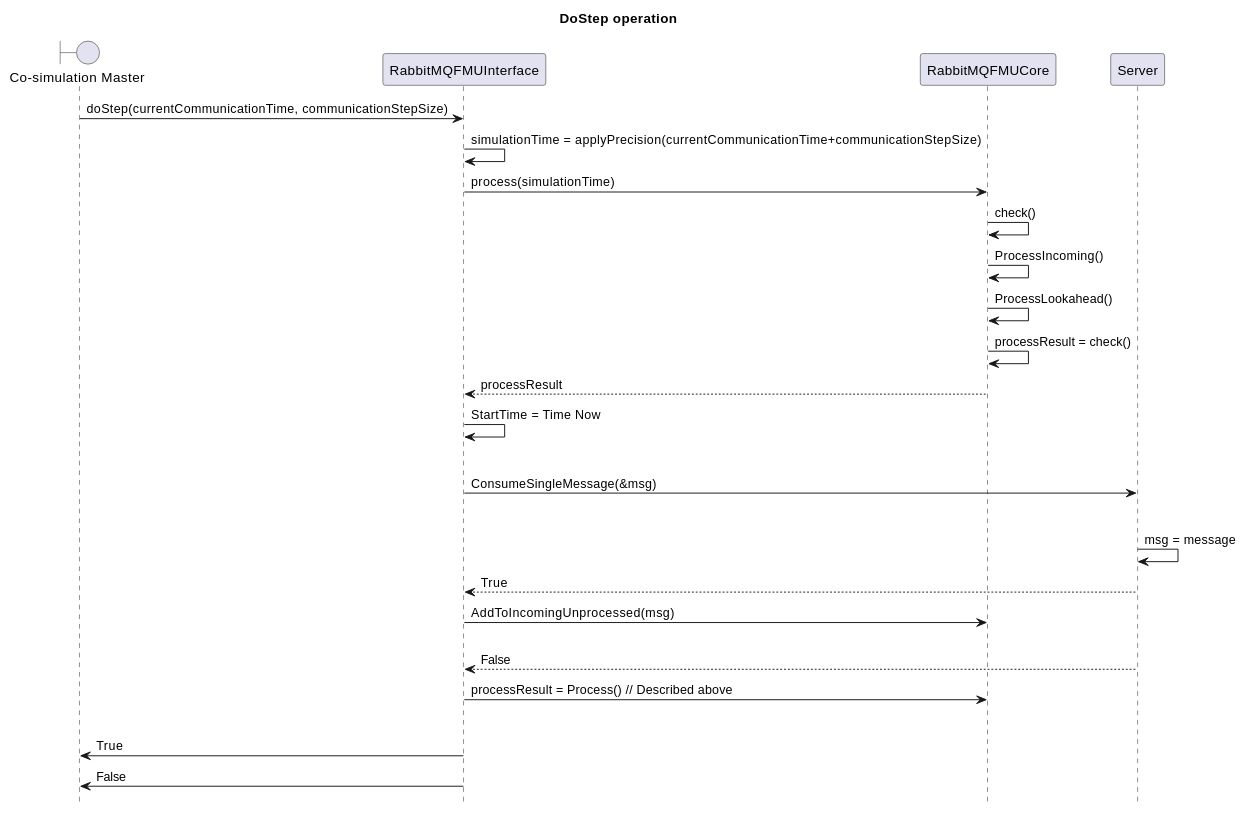
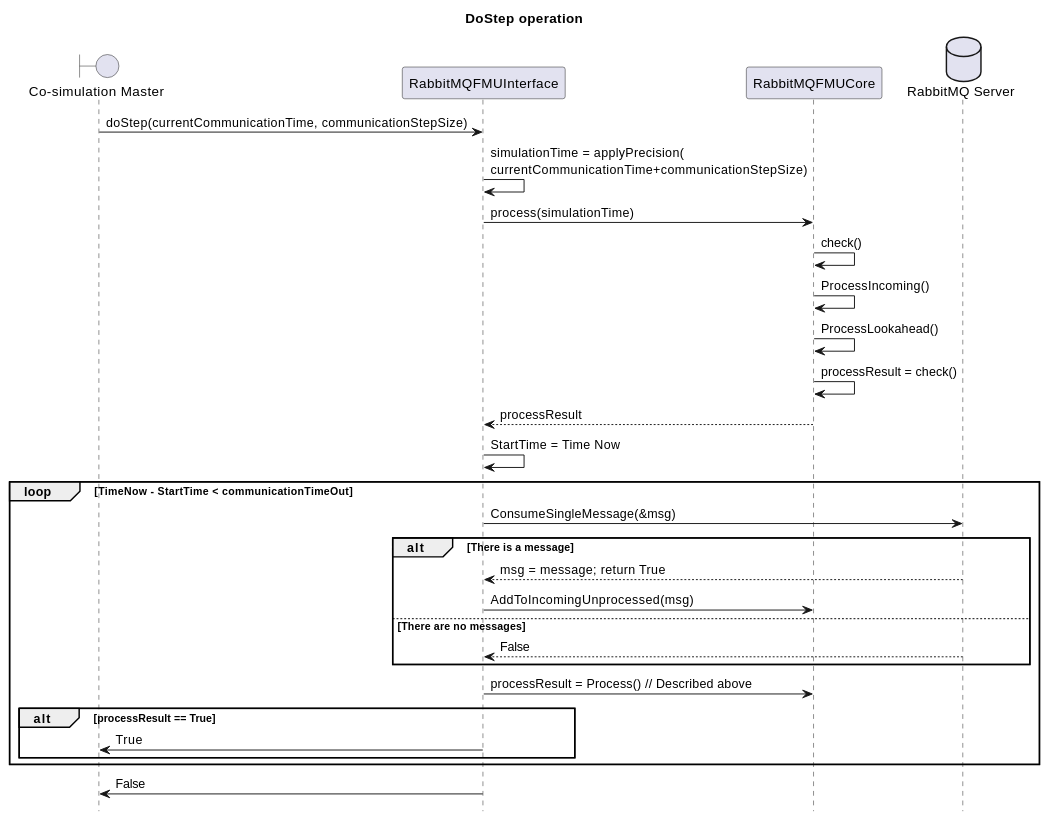
Before and after one commit to INTO-CPS-Association/fmu-rabbitmq: the second of 2 diagrams in docs/data-handling.rst, drawn with PlantUML. The commit also changed other lines of this file and 2 other files, not shown here.

```diff
--- a/docs/data-handling.rst
+++ b/docs/data-handling.rst
@@ -83,29 +91,34 @@
 .. uml::
+
     title DoStep operation
     hide footbox
 
     boundary "Co-simulation Master" as Master
     participant RabbitMQFMUInterface as FMUI
     participant RabbitMQFMUCore as FMUC
+    database "RabbitMQ Server" as server
+
 
     Master -> FMUI: doStep(currentCommunicationTime, communicationStepSize)
-    FMUI -> FMUI: simulationTime = applyPrecision(currentCommunicationTime+communicationStepSize)
+    FMUI -> FMUI: simulationTime = applyPrecision(\ncurrentCommunicationTime+communicationStepSize)
     FMUI -> FMUC: process(simulationTime)
     FMUC -> FMUC: check()
     FMUC -> FMUC: ProcessIncoming()
     FMUC -> FMUC: ProcessLookahead()
     FMUC -> FMUC: processResult = check()
     FMUC --> FMUI: processResult
     FMUI -> FMUI: StartTime = Time Now
         loop TimeNow - StartTime < communicationTimeOut
-            FMUI -> Server: ConsumeSingleMessage(&msg)
+            FMUI -> server: ConsumeSingleMessage(&msg)
             alt There is a message
-                Server -> Server: msg = message
-                Server --> FMUI: True
+                server --> FMUI: msg = message; return True
                 FMUI -> FMUC: AddToIncomingUnprocessed(msg)
             else There are no messages
-                Server --> FMUI: False
+                server --> FMUI: False
+            end
             FMUI -> FMUC: processResult = Process() // Described above
             alt processResult == True
             FMUI -> Master: True
+            end
+        end
     FMUI -> Master: False
```
